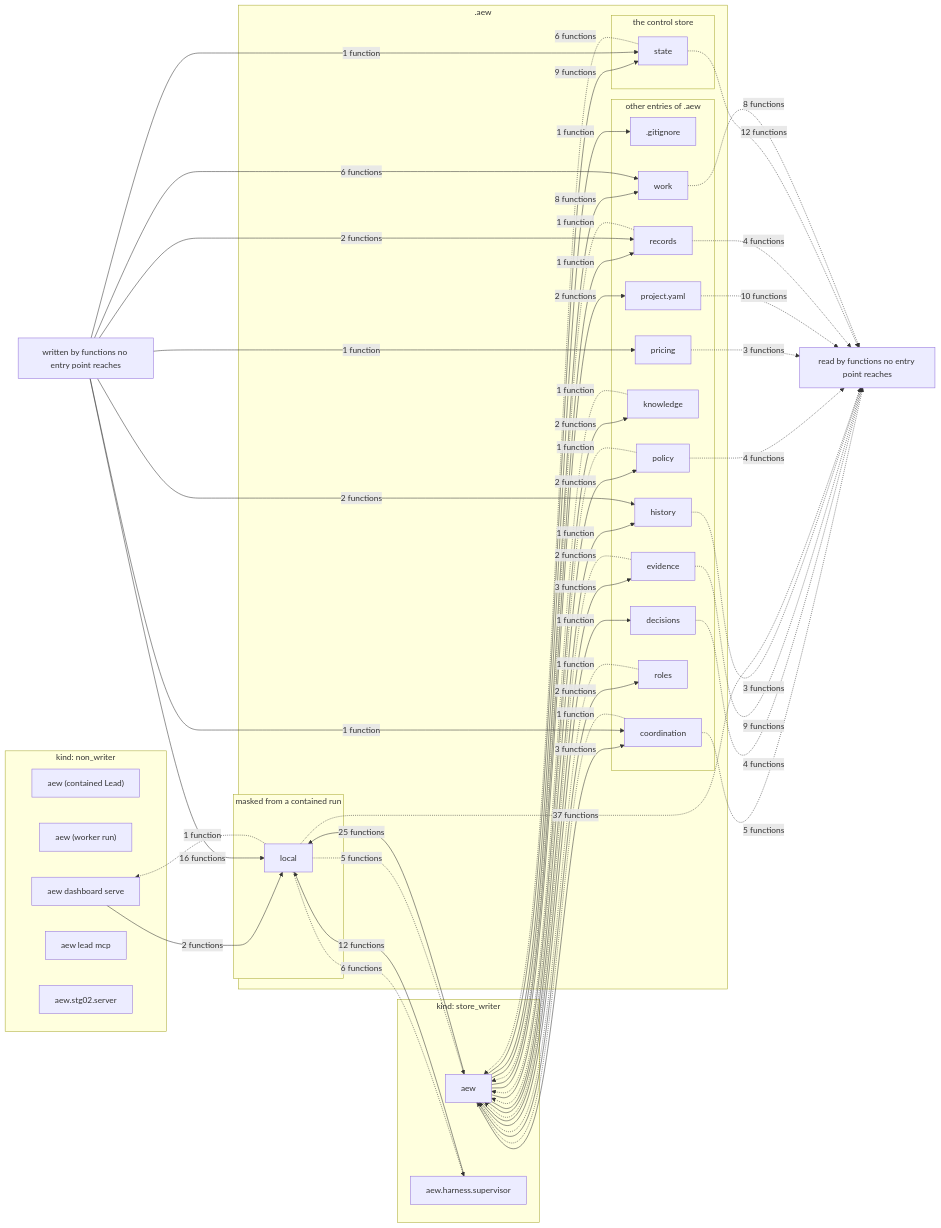
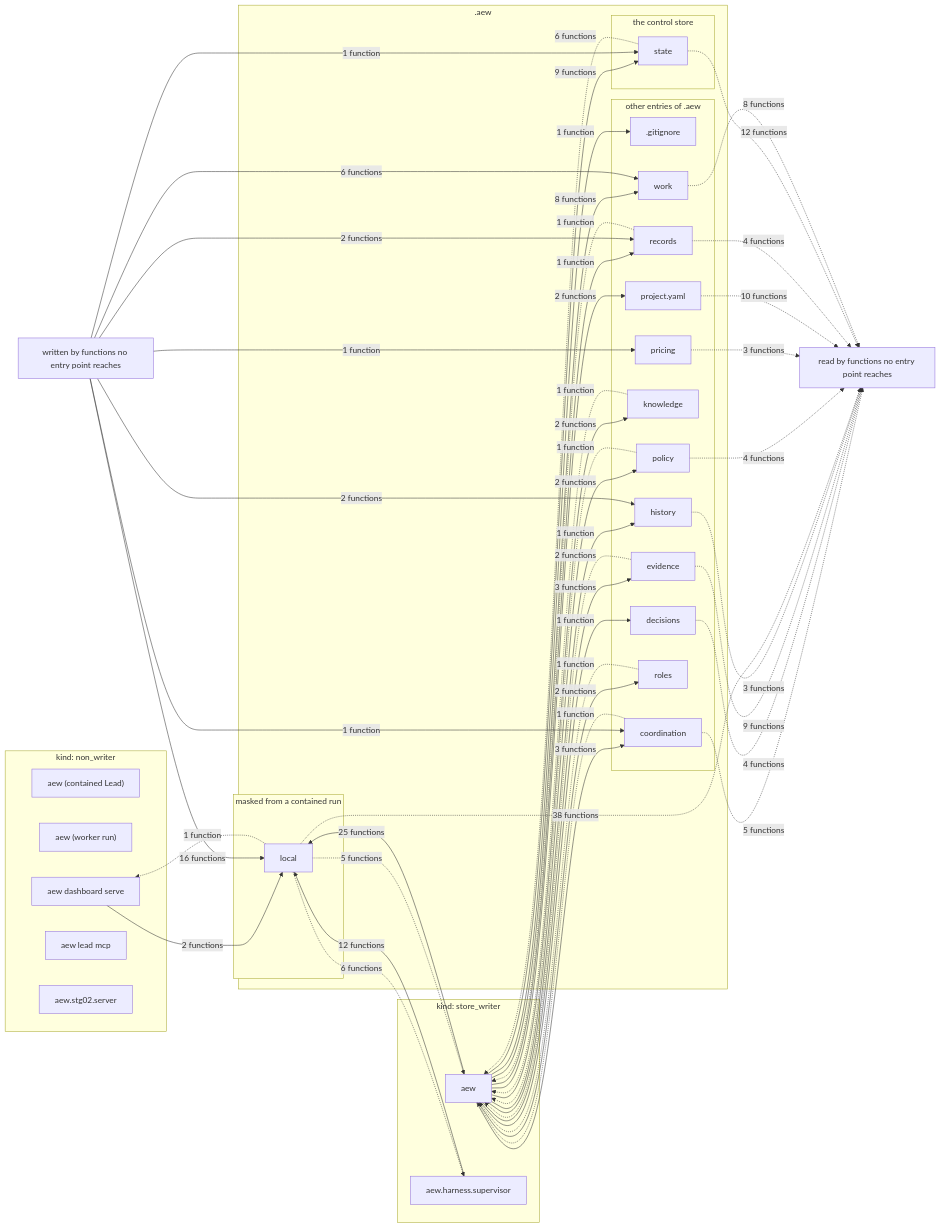
Before and after one commit to JonSmithTLT/Agentic-Engineering-Workflow: the diagram in docs/reference/data-flow.md, drawn with Mermaid. The commit also changed other lines of this file and 4 other files, not shown here.

````diff
--- a/docs/reference/data-flow.md
+++ b/docs/reference/data-flow.md
@@ -5,81 +5,81 @@
 ```mermaid
 flowchart LR
     subgraph kind_non_writer["kind: non_writer"]
         proc_aew_contained_lead["aew (contained Lead)"]
         proc_aew_worker_run["aew (worker run)"]
         proc_aew_dashboard_serve["aew dashboard serve"]
         proc_aew_lead_mcp["aew lead mcp"]
         proc_aew_stg02_server["aew.stg02.server"]
     end
     subgraph kind_store_writer["kind: store_writer"]
         proc_aew["aew"]
         proc_aew_harness_supervisor["aew.harness.supervisor"]
     end
     subgraph aew_dir[".aew"]
         subgraph group_store["the control store"]
             path_state["state"]
         end
         subgraph group_masked["masked from a contained run"]
             path_local["local"]
         end
         subgraph group_other["other entries of .aew"]
             path_gitignore[".gitignore"]
             path_coordination["coordination"]
             path_decisions["decisions"]
             path_evidence["evidence"]
             path_history["history"]
             path_knowledge["knowledge"]
             path_policy["policy"]
             path_pricing["pricing"]
             path_project_yaml["project.yaml"]
             path_records["records"]
             path_roles["roles"]
             path_work["work"]
         end
     end
     no_writer["written by functions no entry point reaches"]
     no_reader["read by functions no entry point reaches"]
     proc_aew -->|"1 function"| path_gitignore
     proc_aew -->|"3 functions"| path_coordination
     proc_aew -->|"1 function"| path_decisions
     proc_aew -->|"3 functions"| path_evidence
     proc_aew -->|"1 function"| path_history
     proc_aew -->|"2 functions"| path_knowledge
     proc_aew -->|"25 functions"| path_local
     proc_aew -->|"2 functions"| path_policy
     proc_aew -->|"2 functions"| path_project_yaml
     proc_aew -->|"1 function"| path_records
     proc_aew -->|"2 functions"| path_roles
     proc_aew -->|"9 functions"| path_state
     proc_aew -->|"8 functions"| path_work
     proc_aew_dashboard_serve -->|"2 functions"| path_local
     proc_aew_harness_supervisor -->|"12 functions"| path_local
     no_writer -->|"1 function"| path_coordination
     no_writer -->|"2 functions"| path_history
     no_writer -->|"16 functions"| path_local
     no_writer -->|"1 function"| path_pricing
     no_writer -->|"2 functions"| path_records
     no_writer -->|"1 function"| path_state
     no_writer -->|"6 functions"| path_work
     path_coordination -.->|"1 function"| proc_aew
     path_evidence -.->|"2 functions"| proc_aew
     path_knowledge -.->|"1 function"| proc_aew
     path_local -.->|"5 functions"| proc_aew
     path_policy -.->|"1 function"| proc_aew
     path_records -.->|"1 function"| proc_aew
     path_roles -.->|"1 function"| proc_aew
     path_state -.->|"6 functions"| proc_aew
     path_local -.->|"1 function"| proc_aew_dashboard_serve
     path_local -.->|"6 functions"| proc_aew_harness_supervisor
     path_coordination -.->|"5 functions"| no_reader
     path_decisions -.->|"4 functions"| no_reader
     path_evidence -.->|"9 functions"| no_reader
     path_history -.->|"3 functions"| no_reader
-    path_local -.->|"37 functions"| no_reader
+    path_local -.->|"38 functions"| no_reader
     path_policy -.->|"4 functions"| no_reader
     path_pricing -.->|"3 functions"| no_reader
     path_project_yaml -.->|"10 functions"| no_reader
     path_records -.->|"4 functions"| no_reader
     path_state -.->|"12 functions"| no_reader
     path_work -.->|"8 functions"| no_reader
 ```
````
